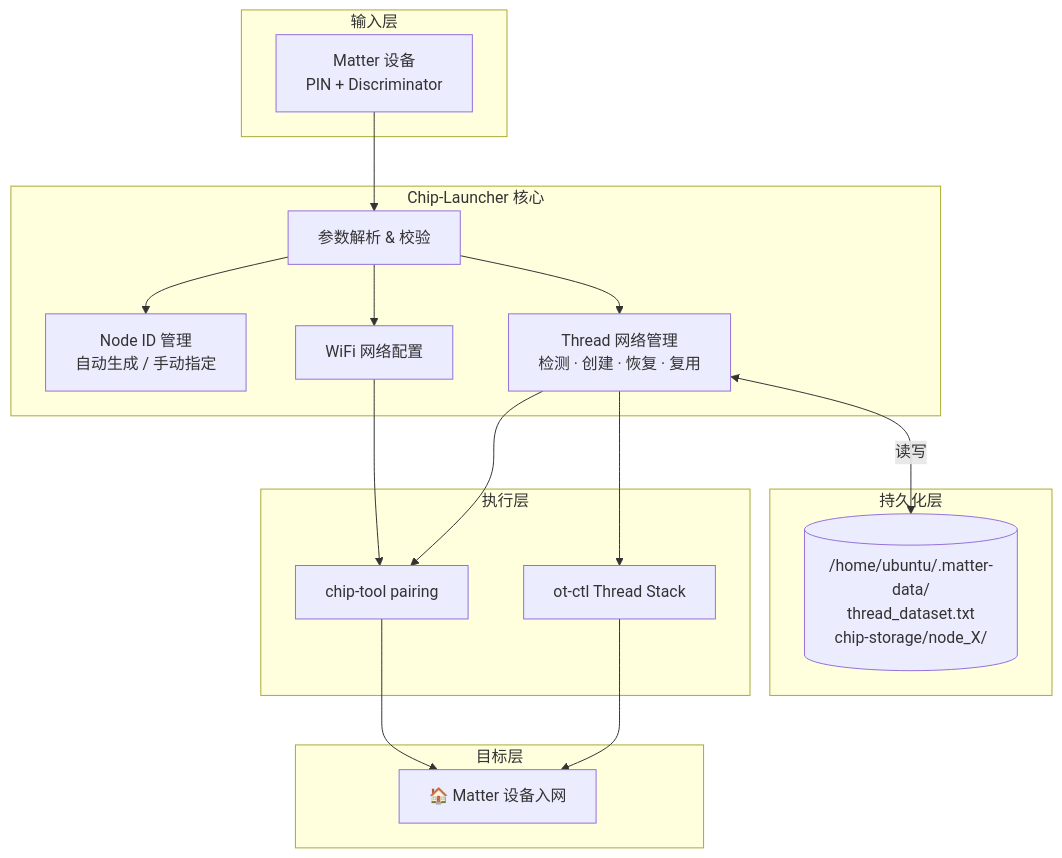
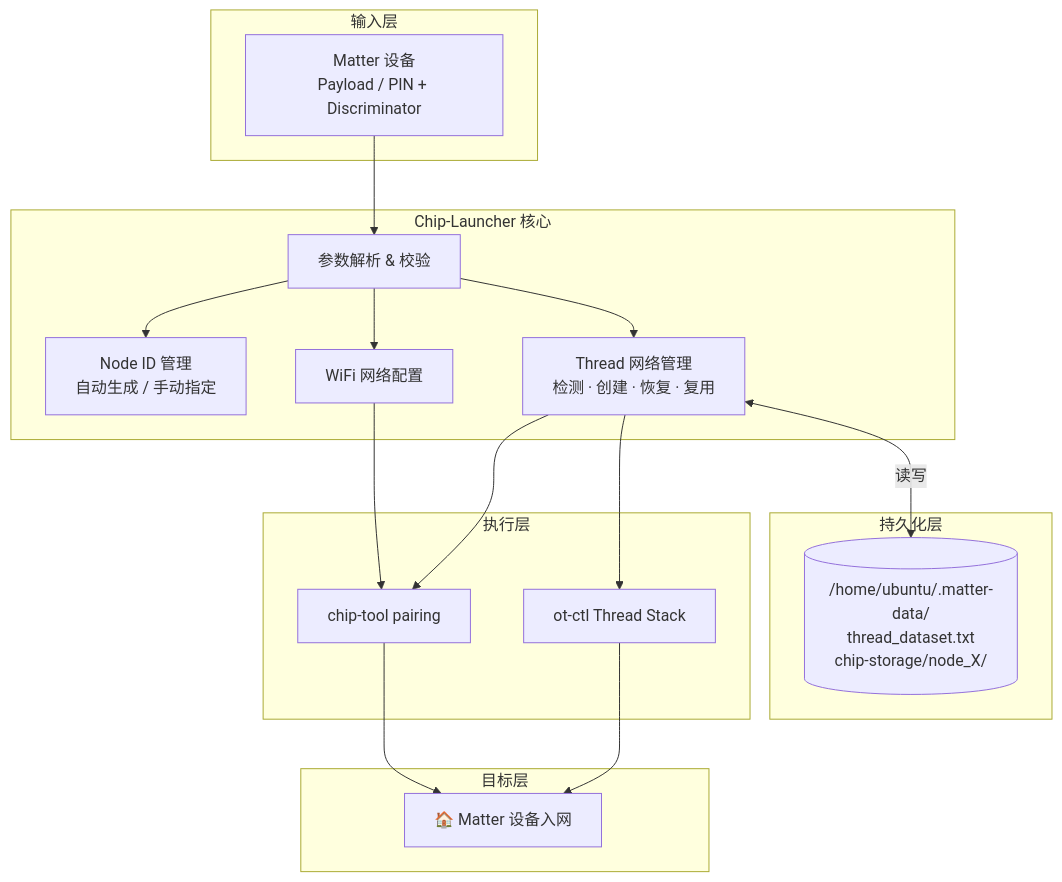
The first of 3 diagrams in README.md (BobXianQ/Chip-Launcher-ForMatter), drawn with Mermaid before and after one commit. The commit also changed other lines of this file and 2 other files, not shown here.

First line of the commit message:
feat(script): support Matter setup payload auto-parsing mode (v4.05.630)

````diff
--- a/README.md
+++ b/README.md
@@ -42,37 +42,37 @@
 ```mermaid
 flowchart TB
     subgraph Input["输入层"]
-        A[Matter 设备<br/>PIN + Discriminator]
+        A[Matter 设备<br/>Payload / PIN + Discriminator]
     end
 
     subgraph Core["Chip-Launcher 核心"]
         B[参数解析 & 校验]
         C[Node ID 管理<br/>自动生成 / 手动指定]
         D[Thread 网络管理<br/>检测 · 创建 · 恢复 · 复用]
         E[WiFi 网络配置]
     end
 
     subgraph Storage["持久化层"]
         F[("/home/ubuntu/.matter-data/<br/>thread_dataset.txt<br/>chip-storage/node_X/")]
     end
 
     subgraph Runtime["执行层"]
         G[chip-tool pairing]
         H[ot-ctl Thread Stack]
     end
 
     subgraph Target["目标层"]
         I[🏠 Matter 设备入网]
     end
 
     A --> B
     B --> C
     B --> D
     B --> E
     D <-->|读写| F
     D --> H
     E --> G
     D --> G
     G --> I
     H --> I
 ```
````
